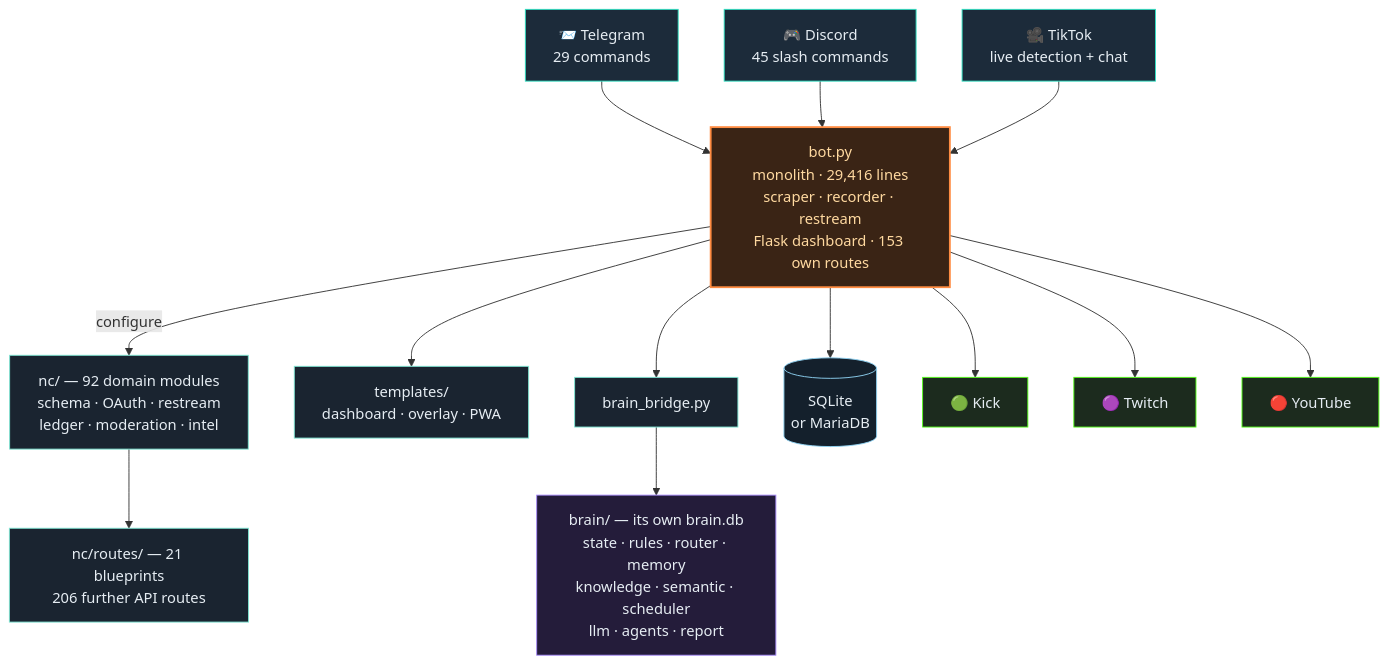
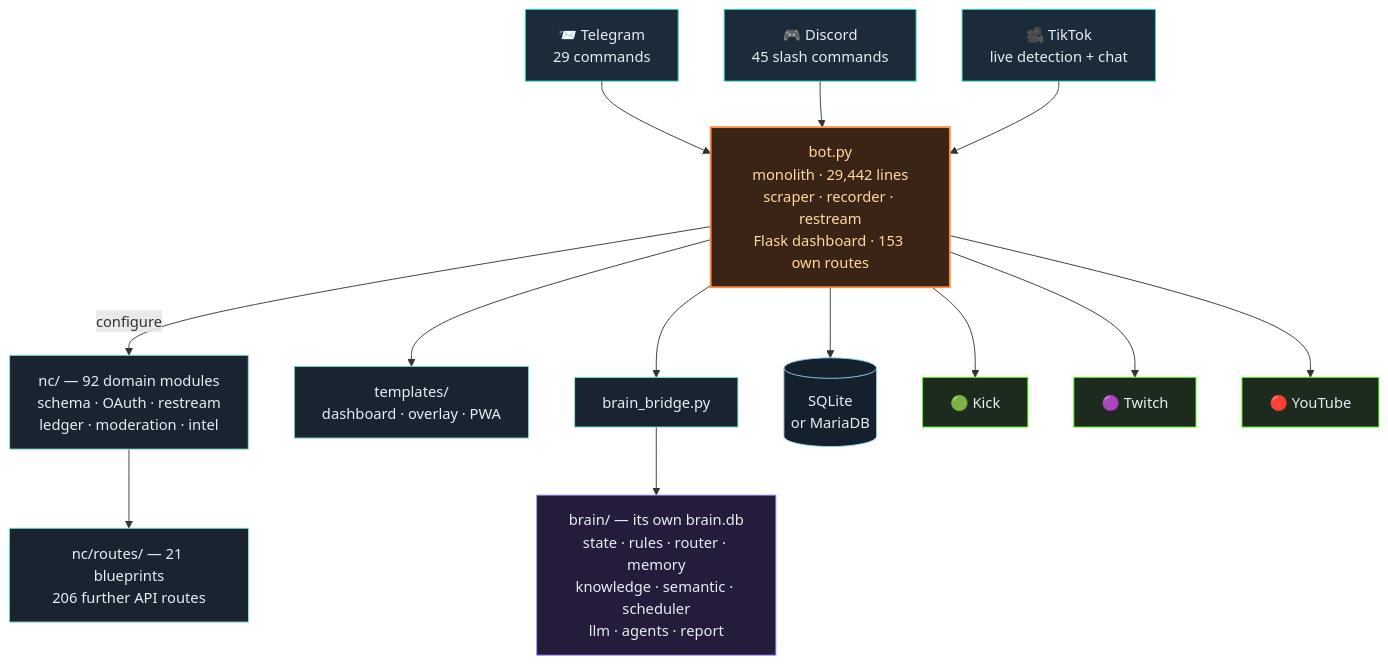
The third of 4 diagrams in README.en.md (itsamemedev/Telegram-Stream-Info-Bot), drawn with Mermaid before and after one commit. The commit also changed other lines of this file and 11 other files, not shown here.

````diff
--- a/README.en.md
+++ b/README.en.md
@@ -190,30 +190,30 @@
 ```mermaid
 flowchart TB
     TG["📨 Telegram<br/>29 commands"]:::ein
     DC["🎮 Discord<br/>45 slash commands"]:::ein
     TT["🎥 TikTok<br/>live detection + chat"]:::ein
 
     TG --> BOT
     DC --> BOT
     TT --> BOT
 
-    BOT["bot.py<br/>monolith · 29,416 lines<br/>scraper · recorder · restream<br/>Flask dashboard · 153 own routes"]:::core
+    BOT["bot.py<br/>monolith · 29,442 lines<br/>scraper · recorder · restream<br/>Flask dashboard · 153 own routes"]:::core
 
     BOT -->|configure| NC["nc/ — 92 domain modules<br/>schema · OAuth · restream<br/>ledger · moderation · intel"]:::lib
     NC --> RT["nc/routes/ — 21 blueprints<br/>206 further API routes"]:::lib
     BOT --> TPL["templates/<br/>dashboard · overlay · PWA"]:::lib
     BOT --> BR["brain_bridge.py"]:::lib
     BR --> BRAIN["brain/ — its own brain.db<br/>state · rules · router · memory<br/>knowledge · semantic · scheduler<br/>llm · agents · report"]:::brain
     BOT --> DB[("SQLite<br/>or MariaDB")]:::db
 
     BOT --> KICK["🟢 Kick"]:::out
     BOT --> TW["🟣 Twitch"]:::out
     BOT --> YT["🔴 YouTube"]:::out
 
     classDef ein fill:#1c2b3a,stroke:#2de1c2,color:#e6edf3
     classDef core fill:#3a2415,stroke:#ff8c42,stroke-width:2px,color:#ffd9a0
     classDef lib fill:#1a2430,stroke:#7fe7d4,color:#e6edf3
     classDef brain fill:#241c3a,stroke:#a78bfa,color:#e6edf3
     classDef db fill:#14202c,stroke:#8fd3f4,color:#e6edf3
     classDef out fill:#1c2b1e,stroke:#53fc18,color:#e6edf3
 ```
````
